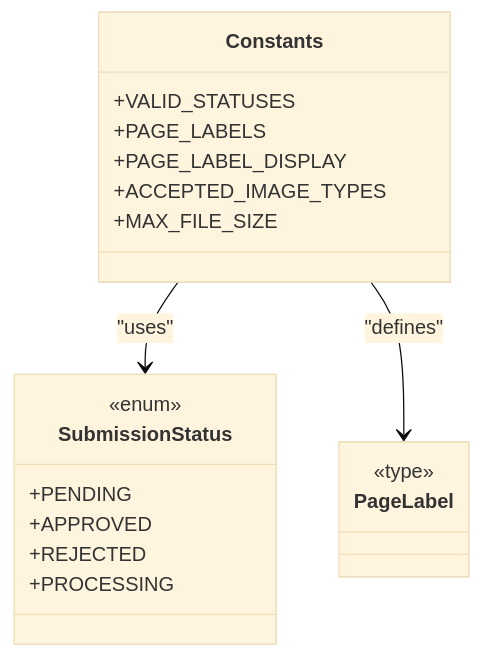
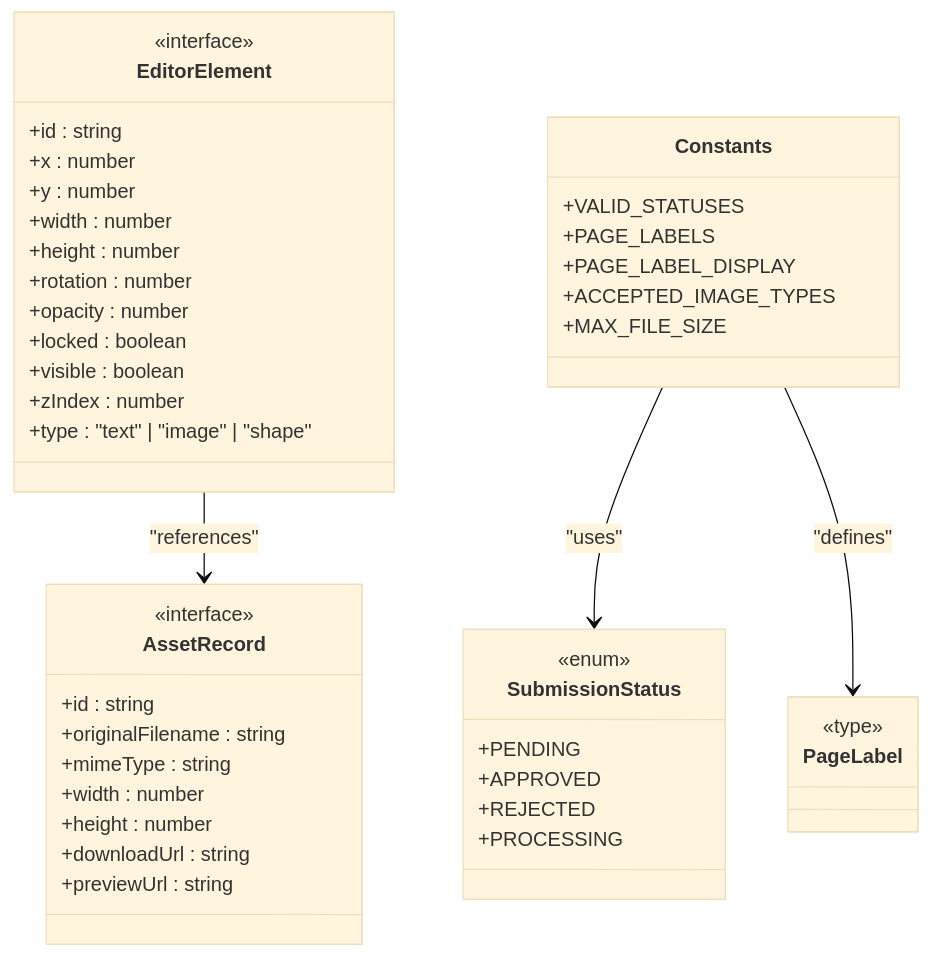
The eighth of 9 diagrams in .qoder/repowiki/en/content/Development Guidelines.md (Crowdspender/titchybooks-app), drawn with Mermaid (base theme) before and after one commit. The commit also changed other lines of this file and 62 other files, not shown here.

````diff
--- a/.qoder/repowiki/en/content/Development Guidelines.md
+++ b/.qoder/repowiki/en/content/Development Guidelines.md
@@ -272,22 +516,47 @@
 ```mermaid
 classDiagram
 class SubmissionStatus {
 <<enum>>
 +PENDING
 +APPROVED
 +REJECTED
 +PROCESSING
 }
 class PageLabel {
 <<type>>
 }
+class EditorElement {
+<<interface>>
++id : string
++x : number
++y : number
++width : number
++height : number
++rotation : number
++opacity : number
++locked : boolean
++visible : boolean
++zIndex : number
++type : "text" | "image" | "shape"
+}
+class AssetRecord {
+<<interface>>
++id : string
++originalFilename : string
++mimeType : string
++width : number
++height : number
++downloadUrl : string
++previewUrl : string
+}
 class Constants {
 +VALID_STATUSES
 +PAGE_LABELS
 +PAGE_LABEL_DISPLAY
 +ACCEPTED_IMAGE_TYPES
 +MAX_FILE_SIZE
 }
 Constants --> SubmissionStatus : "uses"
 Constants --> PageLabel : "defines"
+EditorElement --> AssetRecord : "references"
 ```
````
